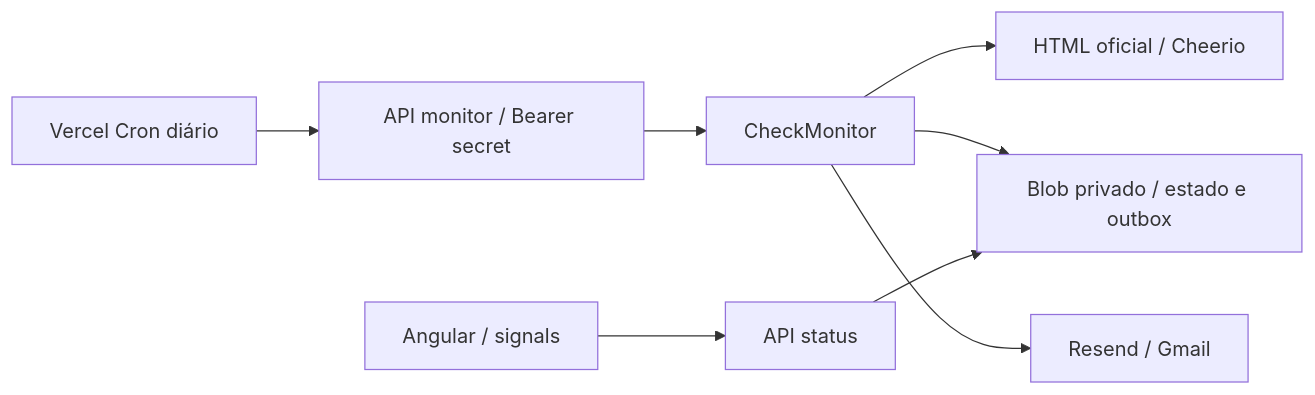
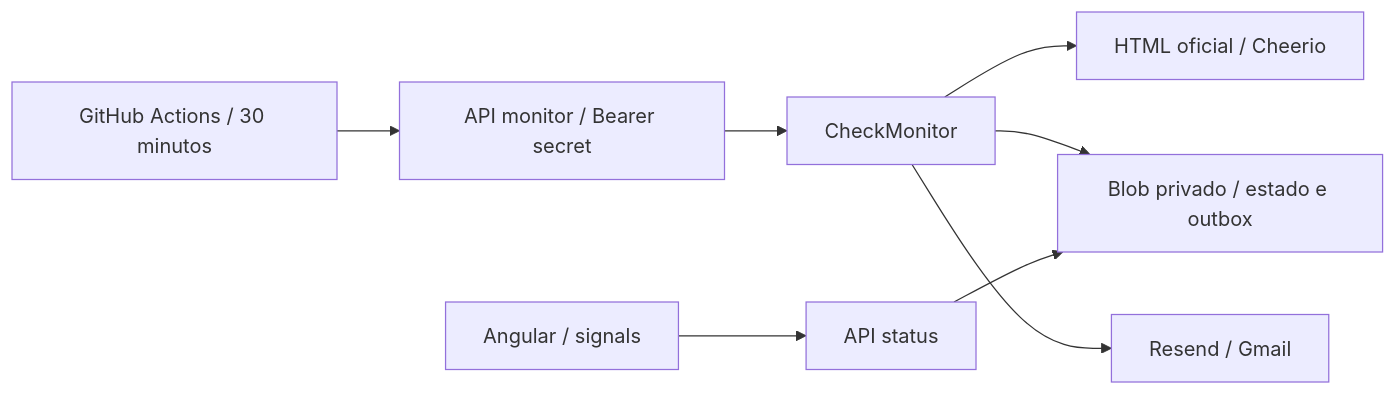
Before and after one commit to antoninocalisto/aviso-programacao-site: the diagram in docs/architecture.md, drawn with Mermaid. The commit also changed other lines of this file and 4 other files, not shown here.

````diff
--- a/docs/architecture.md
+++ b/docs/architecture.md
@@ -29,10 +29,10 @@
 ```mermaid
 flowchart LR
-    Cron[Vercel Cron diário] --> Auth[API monitor / Bearer secret]
+    Cron[GitHub Actions / 30 minutos] --> Auth[API monitor / Bearer secret]
     Auth --> UseCase[CheckMonitor]
     UseCase --> Page[HTML oficial / Cheerio]
     UseCase --> State[Blob privado / estado e outbox]
     UseCase --> Email[Resend / Gmail]
     UI[Angular / signals] --> Status[API status]
     Status --> State
 ```
````
